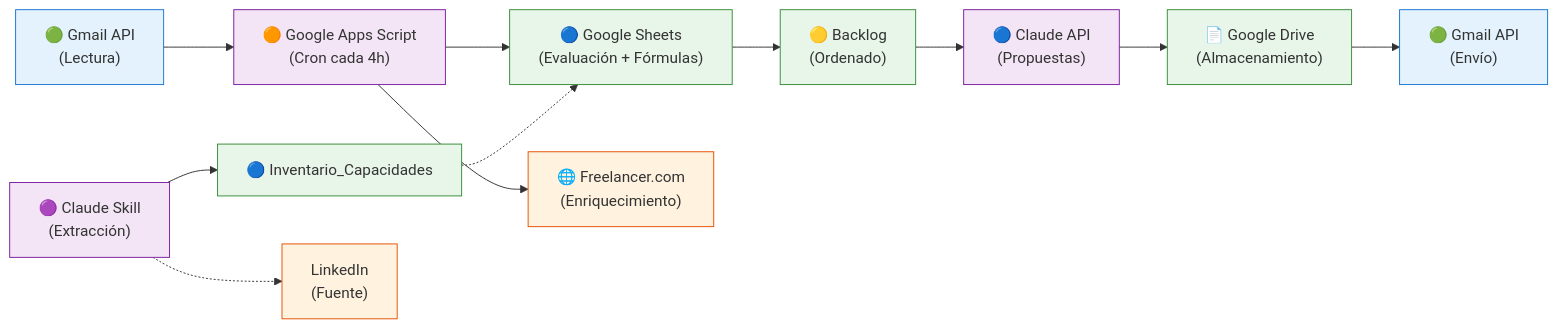
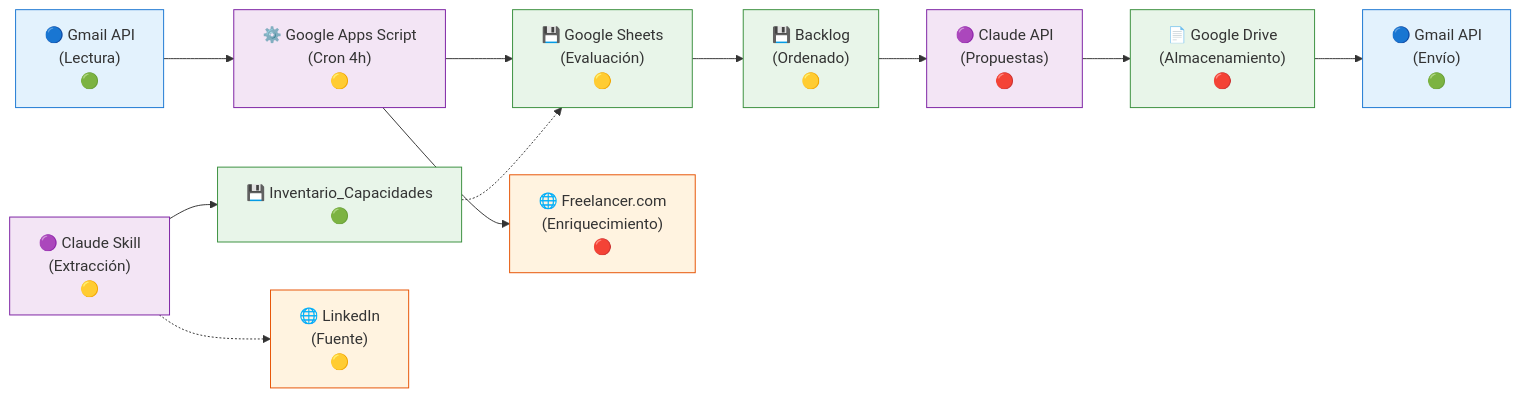
The fourth of 4 diagrams in docs/vistas/componentes_tecnologicos.md (yadenispinero/Leads-auto), drawn with Mermaid before and after one commit. The commit also changed other lines of this file, not shown here.

````diff
--- a/docs/vistas/componentes_tecnologicos.md
+++ b/docs/vistas/componentes_tecnologicos.md
@@ -423,26 +220,26 @@
 ```mermaid
 graph LR
-    A["🟢 Gmail API<br/>(Lectura)"] --> B["🟠 Google Apps Script<br/>(Cron cada 4h)"]
-    B --> C["🔵 Google Sheets<br/>(Evaluación + Fórmulas)"]
-    B --> D["🌐 Freelancer.com<br/>(Enriquecimiento)"]
-    C --> E["🟡 Backlog<br/>(Ordenado)"]
-    E --> F["🔵 Claude API<br/>(Propuestas)"]
-    F --> G["📄 Google Drive<br/>(Almacenamiento)"]
-    G --> H["🟢 Gmail API<br/>(Envío)"]
+    A["🔵 Gmail API<br/>(Lectura)<br/>🟢"] --> B["⚙️ Google Apps Script<br/>(Cron 4h)<br/>🟡"]
+    B --> C["💾 Google Sheets<br/>(Evaluación)<br/>🟡"]
+    B --> D["🌐 Freelancer.com<br/>(Enriquecimiento)<br/>🔴"]
+    C --> E["💾 Backlog<br/>(Ordenado)<br/>🟡"]
+    E --> F["🟣 Claude API<br/>(Propuestas)<br/>🔴"]
+    F --> G["📄 Google Drive<br/>(Almacenamiento)<br/>🔴"]
+    G --> H["🔵 Gmail API<br/>(Envío)<br/>🟢"]
     
-    I["🔵 Inventario_Capacidades"] -.-> C
-    J["🟣 Claude Skill<br/>(Extracción)"] --> I
-    J -.-> K["LinkedIn<br/>(Fuente)"]
+    I["💾 Inventario_Capacidades<br/>🟢"] -.-> C
+    J["🟣 Claude Skill<br/>(Extracción)<br/>🟡"] --> I
+    J -.-> K["🌐 LinkedIn<br/>(Fuente)<br/>🟡"]
     
     style A fill:#e3f2fd,stroke:#1976d2
     style B fill:#f3e5f5,stroke:#7b1fa2
     style C fill:#e8f5e9,stroke:#388e3c
     style D fill:#fff3e0,stroke:#e65100
     style E fill:#e8f5e9,stroke:#388e3c
     style F fill:#f3e5f5,stroke:#7b1fa2
     style G fill:#e8f5e9,stroke:#388e3c
     style H fill:#e3f2fd,stroke:#1976d2
     style I fill:#e8f5e9,stroke:#388e3c
     style J fill:#f3e5f5,stroke:#7b1fa2
     style K fill:#fff3e0,stroke:#e65100
 ```
````
